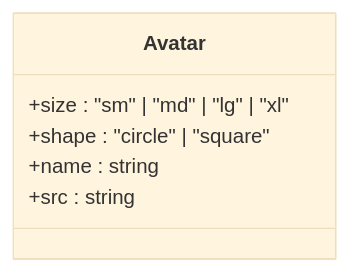
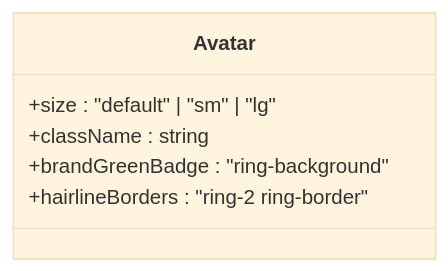
Before and after one commit to userisaziz/samaa-ai: the tenth of 18 diagrams in .qoder/repowiki/en/content/Frontend Application/UI Component Library & Design System.md, drawn with Mermaid (base theme). The commit also changed other lines of this file and 108 other files, not shown here.

````diff
--- a/.qoder/repowiki/en/content/Frontend Application/UI Component Library & Design System.md
+++ b/.qoder/repowiki/en/content/Frontend Application/UI Component Library & Design System.md
@@ -406,9 +654,9 @@
 ```mermaid
 classDiagram
 class Avatar {
-+size : "sm" | "md" | "lg" | "xl"
-+shape : "circle" | "square"
-+name : string
-+src : string
++size : "default" | "sm" | "lg"
++className : string
++brandGreenBadge : "ring-background"
++hairlineBorders : "ring-2 ring-border"
 }
 ```
````
